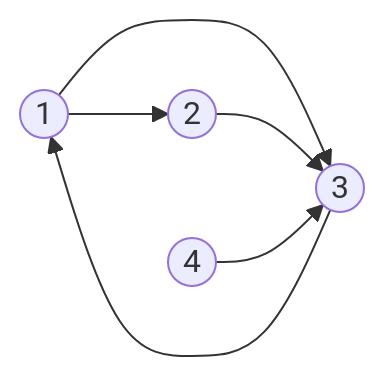
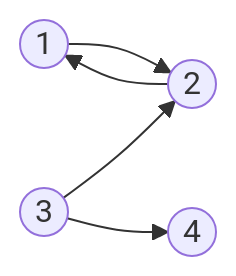
Before and after one commit to raresChelariu/AlgPlayground: the fourth of 4 diagrams in docs/cpp/algoritmi/clasa-a-11a/grafuri/introducere.md, drawn with Mermaid. The commit also changed other lines of this file, not shown here.

````diff
--- a/docs/cpp/algoritmi/clasa-a-11a/grafuri/introducere.md
+++ b/docs/cpp/algoritmi/clasa-a-11a/grafuri/introducere.md
@@ -402,8 +145,7 @@
 ```mermaid
 flowchart LR
     n1((1)) --> n2((2))
-    n1 --> n3((3))
-    n2 --> n3
-    n3 --> n1
-    n4((4)) --> n3
+    n2 --> n1
+    n3((3)) --> n2
+    n3 --> n4((4))
 ```
````
